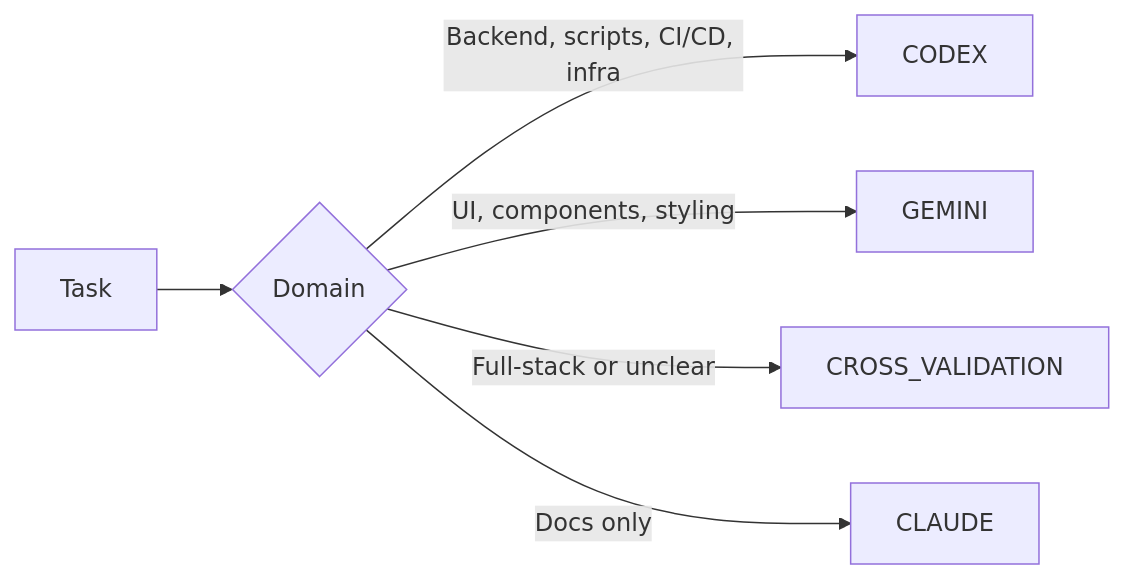
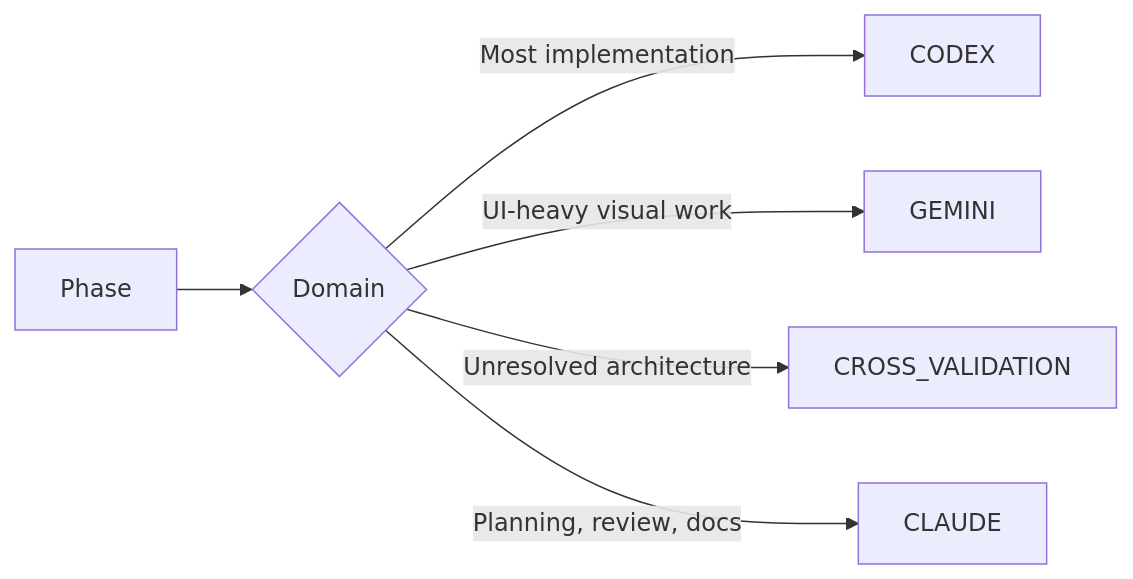
One commit to sitien173/refract changed the second of 3 diagrams in plugin/docs/diagrams/ccg-workflow-architecture.md. Above: the diagram before and after it, drawn with Mermaid. The commit also changed other lines of this file and 50 other files, not shown here.

````diff
--- a/plugin/docs/diagrams/ccg-workflow-architecture.md
+++ b/plugin/docs/diagrams/ccg-workflow-architecture.md
@@ -26,8 +26,8 @@
 ```mermaid
 flowchart LR
-    TASK[Task] --> DECIDE{Domain}
-    DECIDE -->|Backend, scripts, CI/CD, infra| CODEX_R[CODEX]
-    DECIDE -->|UI, components, styling| GEMINI_R[GEMINI]
-    DECIDE -->|Full-stack or unclear| CROSS[CROSS_VALIDATION]
-    DECIDE -->|Docs only| CLAUDE_R[CLAUDE]
+    PHASE[Phase] --> DECIDE{Domain}
+    DECIDE -->|Most implementation| CODEX_R[CODEX]
+    DECIDE -->|UI-heavy visual work| GEMINI_R[GEMINI]
+    DECIDE -->|Unresolved architecture| CROSS[CROSS_VALIDATION]
+    DECIDE -->|Planning, review, docs| CLAUDE_R[CLAUDE]
 ```
````
